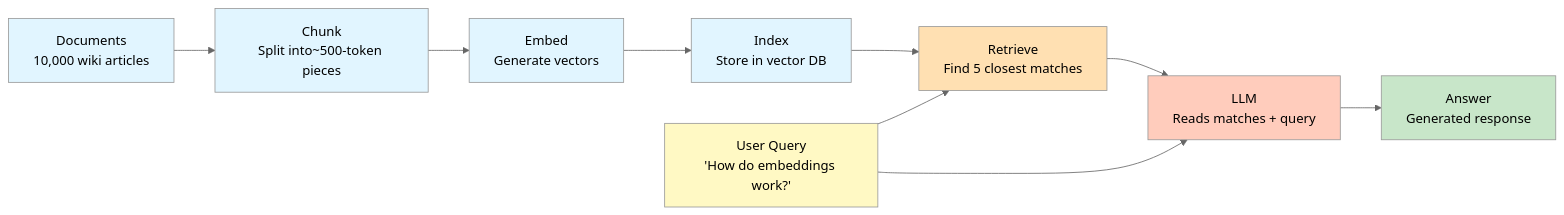
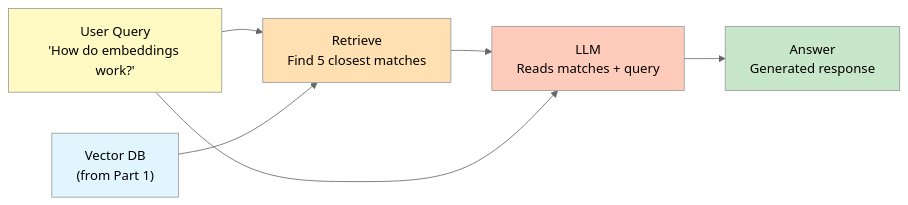
The third of 5 diagrams in files/GUIDELINES.md (CogKnowEdge-Solutions/Comprehensive-Principle), drawn with Mermaid (neutral theme) before and after one commit. The commit also changed other lines of this file and 5 other files, not shown here.

````diff
--- a/files/GUIDELINES.md
+++ b/files/GUIDELINES.md
@@ -356,27 +499,20 @@
 ```mermaid
 graph LR
-    D["Documents<br/>10,000 wiki articles"]
-    C["Chunk<br/>Split into~500-token pieces"]
-    E["Embed<br/>Generate vectors"]
-    I["Index<br/>Store in vector DB"]
     Q["User Query<br/>'How do embeddings work?'"]
+    I["Vector DB<br/>(from Part 1)"]
     R["Retrieve<br/>Find 5 closest matches"]
     L["LLM<br/>Reads matches + query"]
     A["Answer<br/>Generated response"]
-    
-    D --> C --> E --> I
+
     Q --> R
     I --> R
     R --> L
     Q --> L
     L --> A
-    
-    style D fill:#e1f5ff
-    style C fill:#e1f5ff
-    style E fill:#e1f5ff
+
+    style Q fill:#fff9c4
     style I fill:#e1f5ff
-    style Q fill:#fff9c4
     style R fill:#ffe0b2
     style L fill:#ffccbc
     style A fill:#c8e6c9
 ```
````
